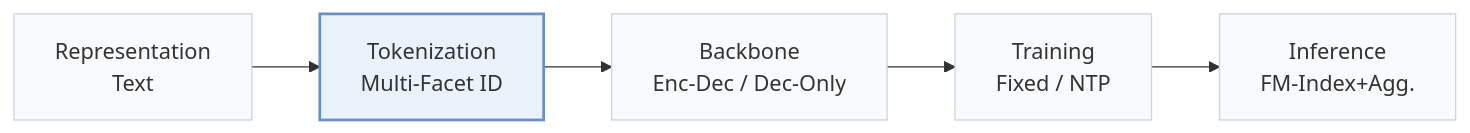
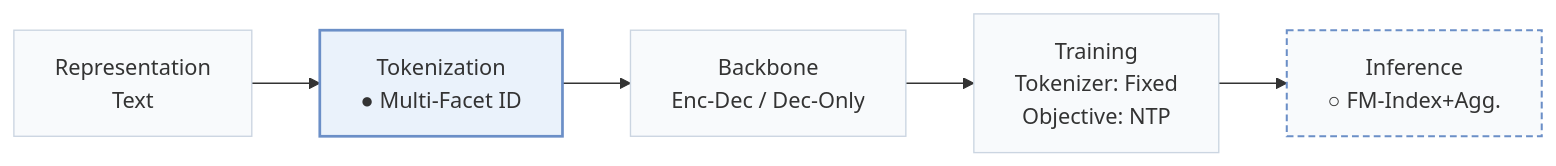
The first of 2 diagrams in pages/papers/transrec.md (Galaxy-ghost/Awesome-SID-Generative-Rec), drawn with Mermaid before and after one commit. The commit also changed other lines of this file and 558 other files, not shown here.

````diff
--- a/pages/papers/transrec.md
+++ b/pages/papers/transrec.md
@@ -15,8 +18,10 @@
 ```mermaid
 flowchart LR
-    R["Representation<br/>Text"] --> T["Tokenization<br/>Multi-Facet ID"] --> B["Backbone<br/>Enc-Dec / Dec-Only"] --> TR["Training<br/>Fixed / NTP"] --> I["Inference<br/>FM-Index+Agg."]
+    R["Representation<br/>Text"] --> T["Tokenization<br/>● Multi-Facet ID"] --> B["Backbone<br/>Enc-Dec / Dec-Only"] --> TR["Training<br/>Tokenizer: Fixed<br/>Objective: NTP"] --> I["Inference<br/>○ FM-Index+Agg."]
     classDef base fill:#f8fafc,stroke:#cbd5e1
     class R,T,B,TR,I base
+    classDef other fill:#f8fafc,stroke:#6b8fc7,stroke-width:1.5px,stroke-dasharray:5 3
+    class I other
     classDef main fill:#eaf2fb,stroke:#6b8fc7,stroke-width:2px
     class T main
 ```
````
